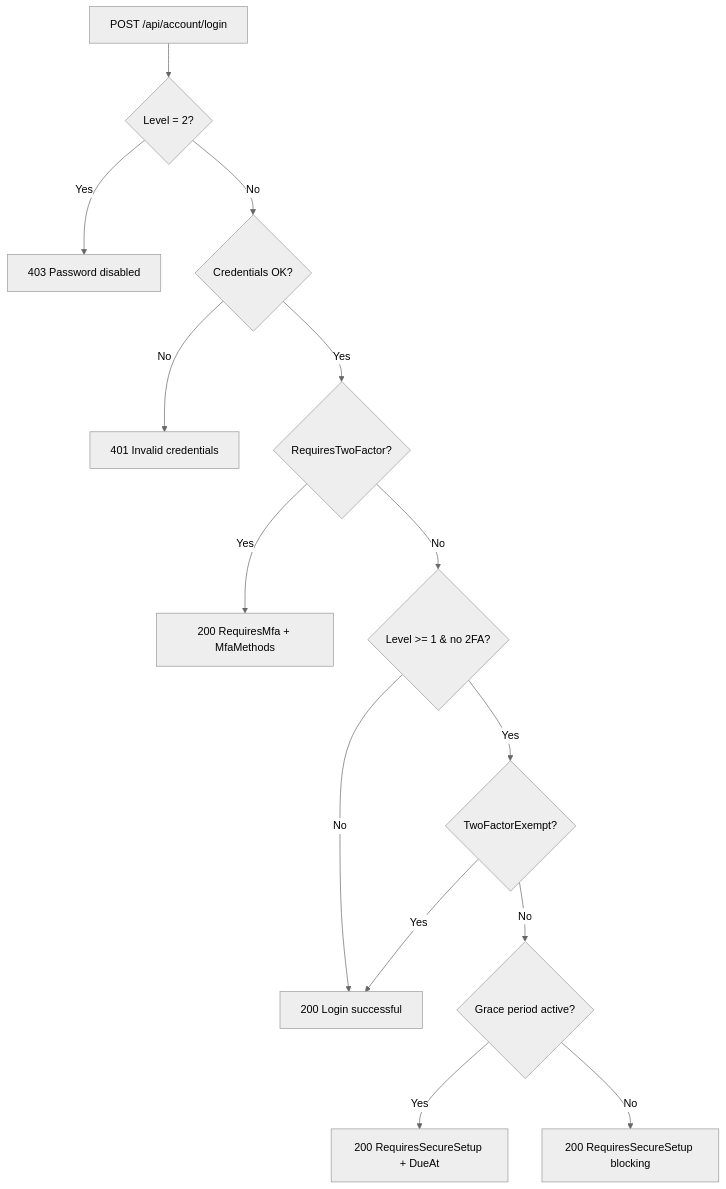
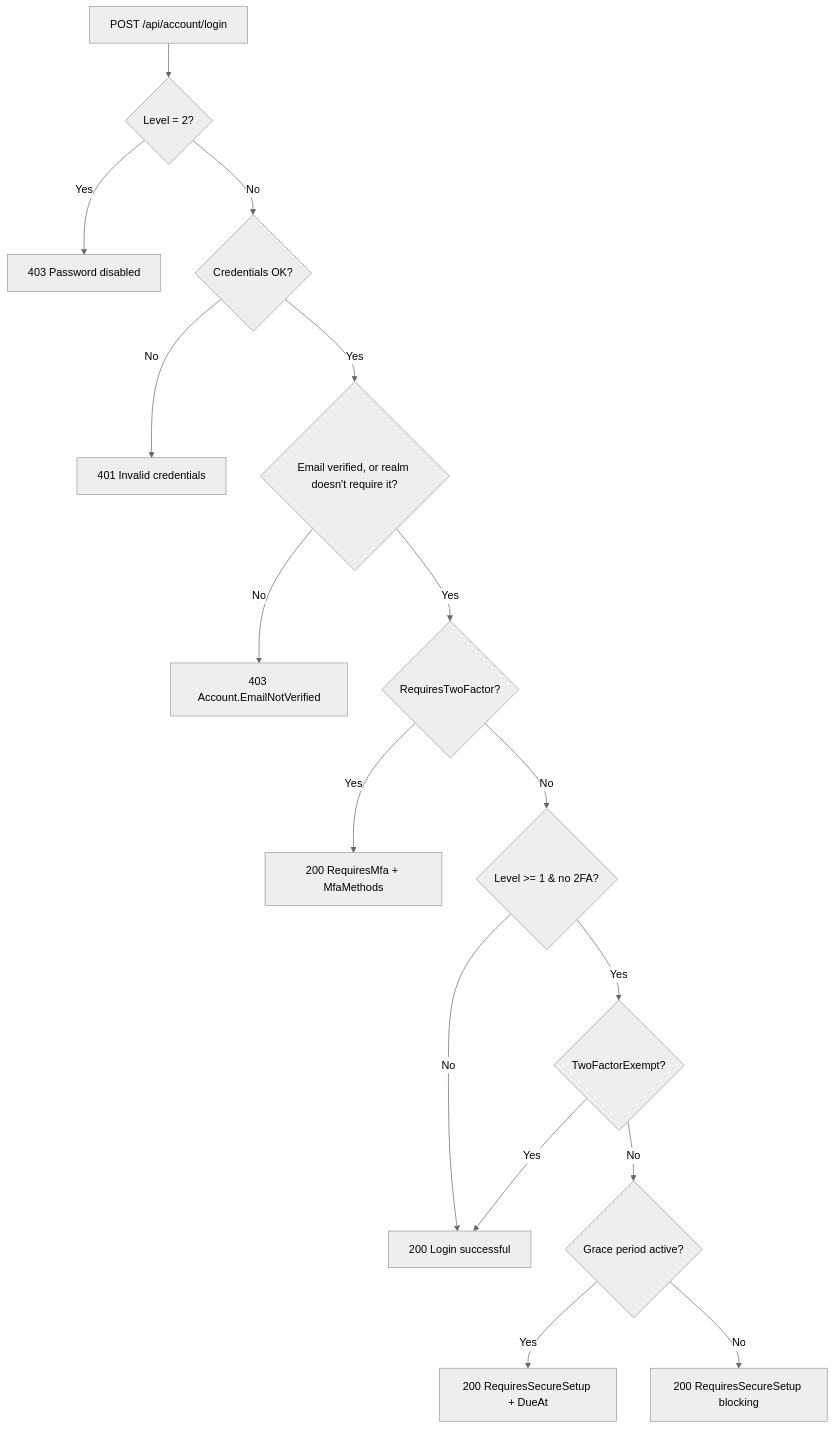
Before and after one commit to cocoar-dev/modgud: the diagram in docs/integrate/login-flows.md, drawn with Mermaid (neutral theme). The commit also changed other lines of this file and 166 other files, not shown here.

````diff
--- a/docs/integrate/login-flows.md
+++ b/docs/integrate/login-flows.md
@@ -9,16 +9,18 @@
 ```mermaid
 flowchart TD
     A[POST /api/account/login] --> B{Level = 2?}
     B -->|Yes| C[403 Password disabled]
     B -->|No| D{Credentials OK?}
     D -->|No| E[401 Invalid credentials]
-    D -->|Yes| F{RequiresTwoFactor?}
+    D -->|Yes| N{Email verified, or realm doesn't require it?}
+    N -->|No| O[403 Account.EmailNotVerified]
+    N -->|Yes| F{RequiresTwoFactor?}
     F -->|Yes| G[200 RequiresMfa + MfaMethods]
     F -->|No| H{Level >= 1 & no 2FA?}
     H -->|Yes| I{TwoFactorExempt?}
     I -->|Yes| J[200 Login successful]
     I -->|No| K{Grace period active?}
     K -->|Yes| L[200 RequiresSecureSetup + DueAt]
     K -->|No| M[200 RequiresSecureSetup blocking]
     H -->|No| J
 ```
````
